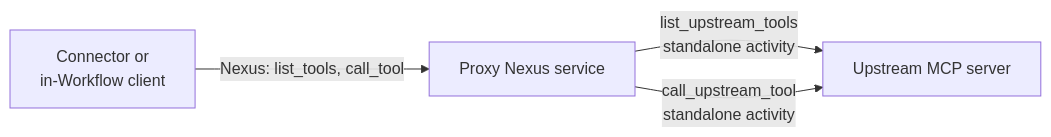
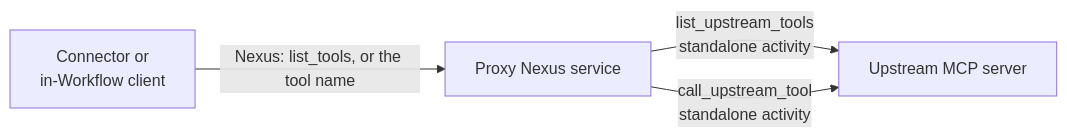
Before and after one commit to long-nt-tran/durable-mcp-connector: the fifth of 5 diagrams in ARCHITECTURE.md, drawn with Mermaid. The commit also changed other lines of this file and 10 other files, not shown here.

````diff
--- a/ARCHITECTURE.md
+++ b/ARCHITECTURE.md
@@ -375,6 +368,6 @@
 ```mermaid
 flowchart LR
-  C["Connector or<br>in-Workflow client"] -->|"Nexus: list_tools, call_tool"| P["Proxy Nexus service"]
+  C["Connector or<br>in-Workflow client"] -->|"Nexus: list_tools, or the tool name"| P["Proxy Nexus service"]
   P -->|"list_upstream_tools<br>standalone activity"| U["Upstream MCP server"]
   P -->|"call_upstream_tool<br>standalone activity"| U
 ```
````
